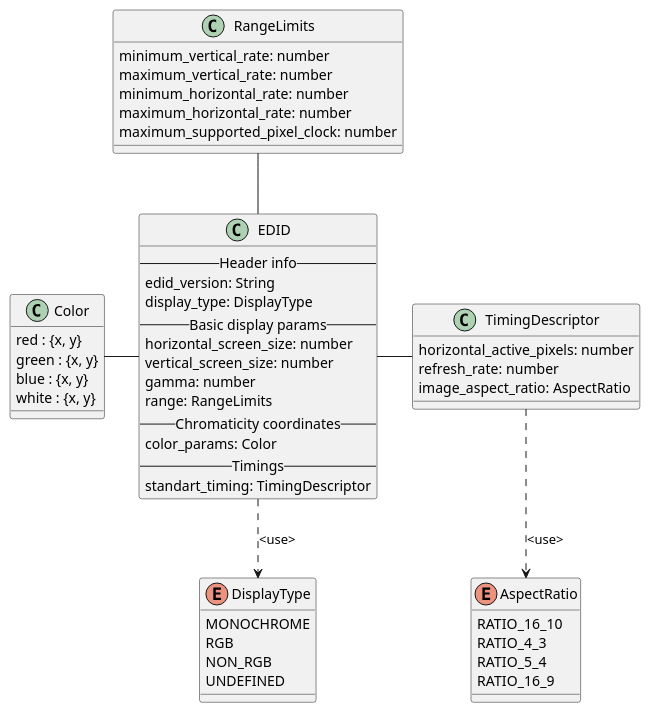
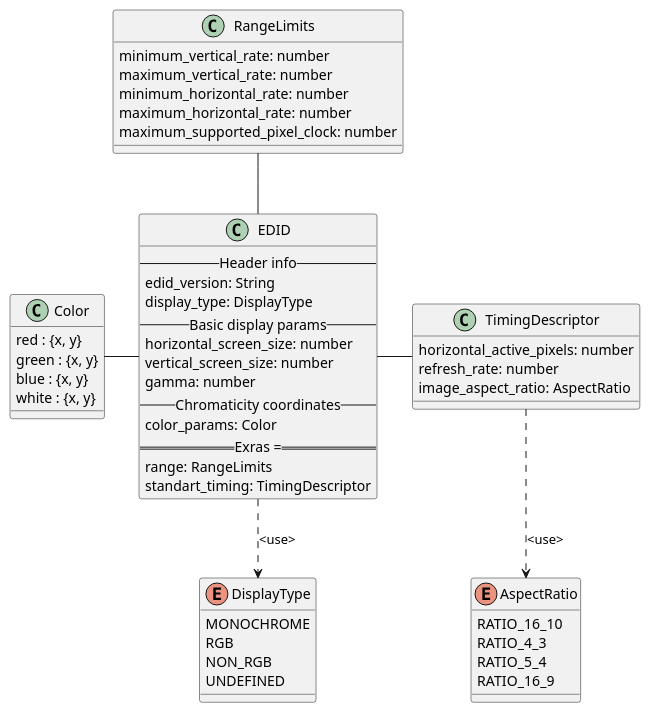
One commit to SerebryanskiySergei/NMOSXXProposals changed the diagram in data_model.puml. Above: the diagram before and after it, drawn with PlantUML. The commit also changed 7 other files, not shown here.

```diff
--- a/data_model.puml
+++ b/data_model.puml
@@ -1,60 +1,60 @@
 @startuml EDID Data Model
 
 enum DisplayType {
     MONOCHROME
     RGB
     NON_RGB
     UNDEFINED
 }
 
 enum AspectRatio {
     RATIO_16_10
     RATIO_4_3
     RATIO_5_4
     RATIO_16_9
 }
 
 class TimingDescriptor {
     horizontal_active_pixels: number
     refresh_rate: number
     image_aspect_ratio: AspectRatio
 }
 
 class Color{
     red : {x, y}
     green : {x, y}
     blue : {x, y}
     white : {x, y}
 }
 
 class RangeLimits {
     minimum_vertical_rate: number
     maximum_vertical_rate: number
     minimum_horizontal_rate: number
     maximum_horizontal_rate: number
     maximum_supported_pixel_clock: number
 }
 
 class EDID {
     -- Header info --
     edid_version: String
     display_type: DisplayType
     -- Basic display params --
     horizontal_screen_size: number
     vertical_screen_size: number
     gamma: number
-    range: RangeLimits
     -- Chromaticity coordinates --
     color_params: Color
-    -- Timings --
+    == Exras ===
+    range: RangeLimits
     standart_timing: TimingDescriptor
 }
 
 EDID -left- Color
 EDID -right- TimingDescriptor
 EDID -up- RangeLimits
 TimingDescriptor ..> AspectRatio : "<use>"
 EDID ..> DisplayType : "<use>"
 
 
 @enduml
```
